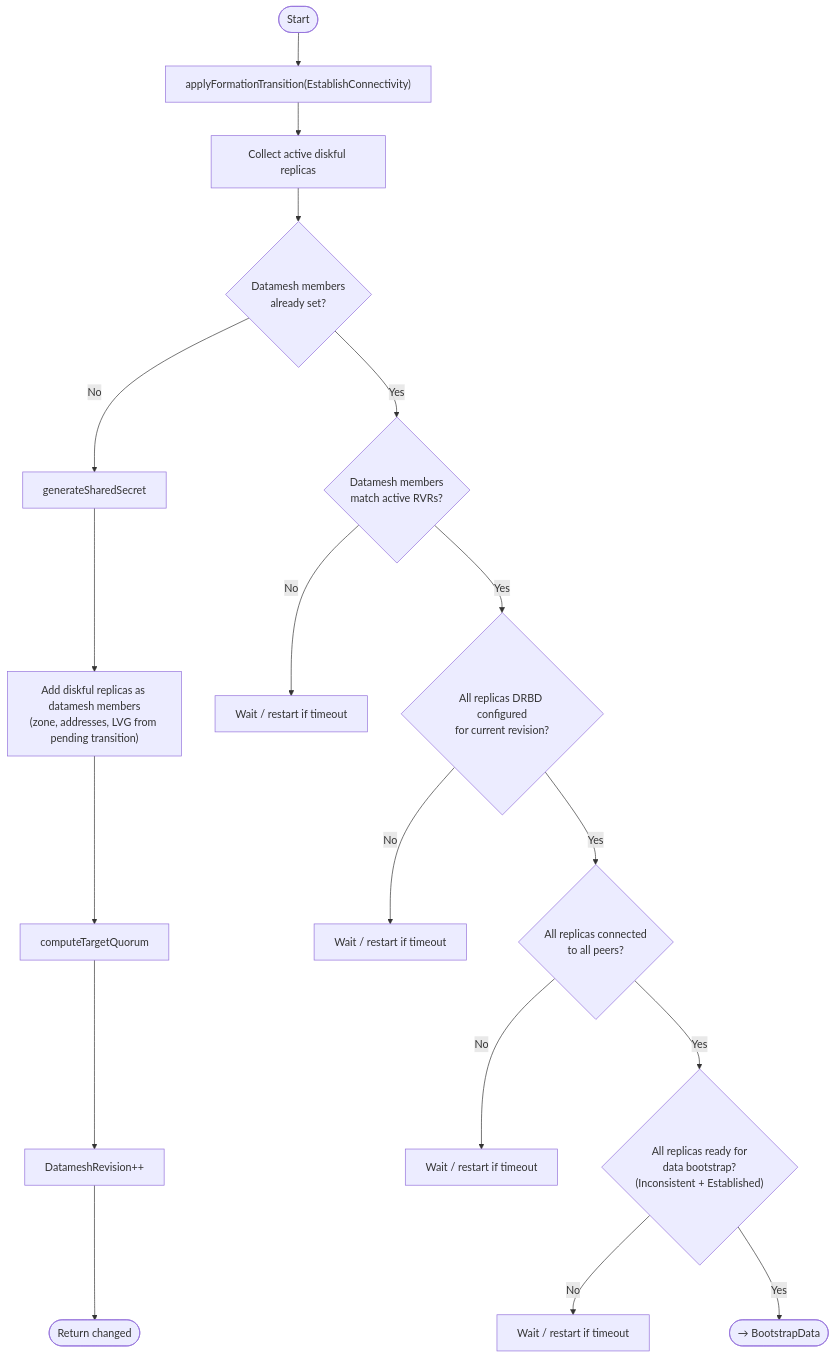
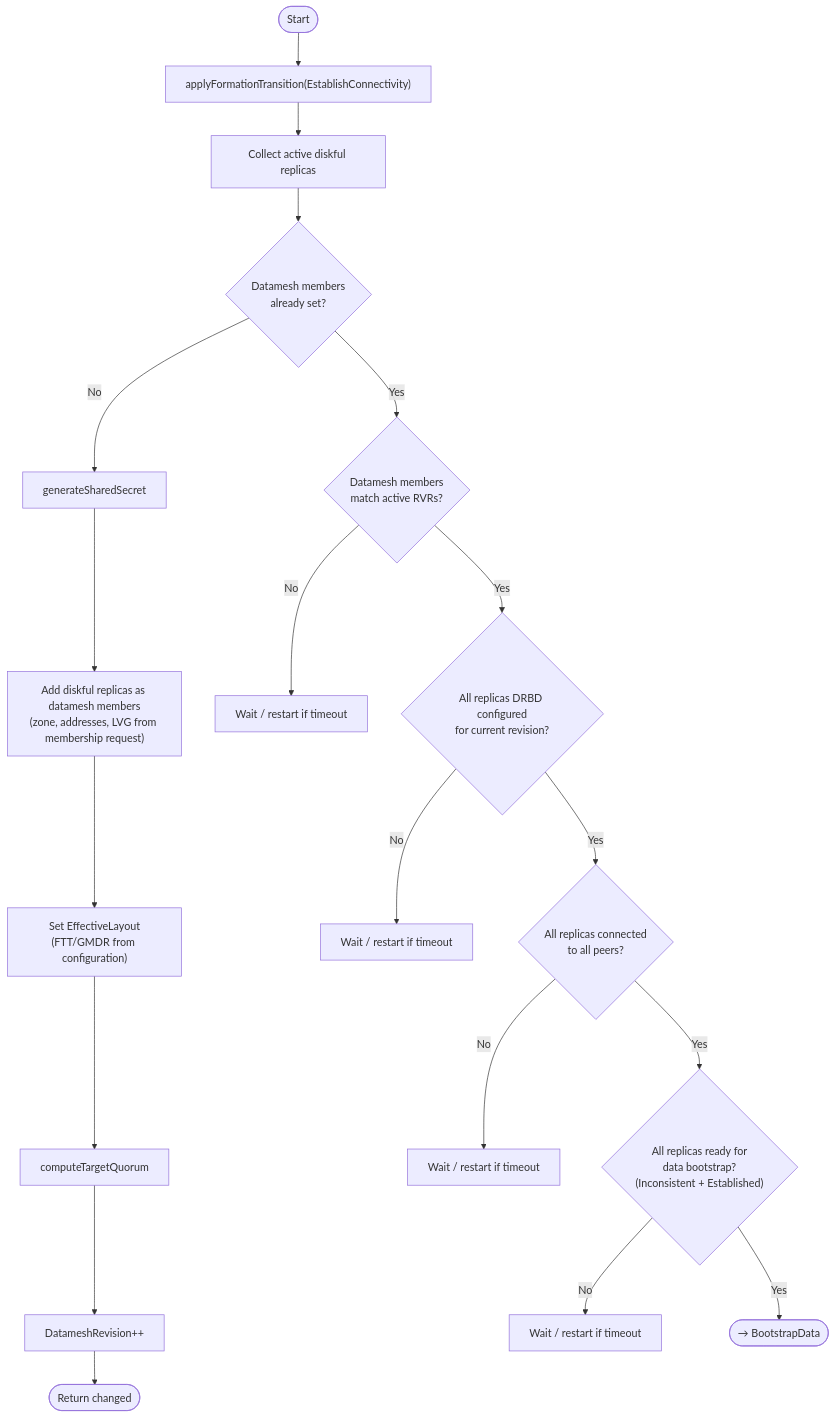
The sixth of 13 diagrams in images/controller/internal/controllers/rv_controller/README.md (deckhouse/sds-replicated-volume), drawn with Mermaid before and after one commit. The commit also changed other lines of this file and 27 other files, not shown here.

First line of the commit message:
[controller,api] Redesign datamesh request API and split reconcilers

````diff
--- a/images/controller/internal/controllers/rv_controller/README.md
+++ b/images/controller/internal/controllers/rv_controller/README.md
@@ -560,26 +564,27 @@
 ```mermaid
 flowchart TD
     Start([Start]) --> ApplyTransition["applyFormationTransition(EstablishConnectivity)"]
     ApplyTransition --> CollectDiskful[Collect active diskful replicas]
 
     CollectDiskful --> CheckMembers{Datamesh members<br/>already set?}
     CheckMembers -->|No| GenSecret[generateSharedSecret]
-    GenSecret --> AddMembers["Add diskful replicas as datamesh members<br/>(zone, addresses, LVG from pending transition)"]
-    AddMembers --> SetQuorum[computeTargetQuorum]
+    GenSecret --> AddMembers["Add diskful replicas as datamesh members<br/>(zone, addresses, LVG from membership request)"]
+    AddMembers --> SetEL["Set EffectiveLayout<br/>(FTT/GMDR from configuration)"]
+    SetEL --> SetQuorum[computeTargetQuorum]
     SetQuorum --> IncrRevision["DatameshRevision++"]
     IncrRevision --> ReturnChanged([Return changed])
 
     CheckMembers -->|Yes| VerifyMembers{"Datamesh members<br/>match active RVRs?"}
     VerifyMembers -->|No| WaitRestart1[Wait / restart if timeout]
 
     VerifyMembers -->|Yes| CheckConfigured{"All replicas DRBD configured<br/>for current revision?"}
     CheckConfigured -->|No| WaitRestart2[Wait / restart if timeout]
 
     CheckConfigured -->|Yes| CheckConnected{"All replicas connected<br/>to all peers?"}
     CheckConnected -->|No| WaitRestart3[Wait / restart if timeout]
 
     CheckConnected -->|Yes| CheckBootstrapReady{"All replicas ready for<br/>data bootstrap?<br/>(Inconsistent + Established)"}
     CheckBootstrapReady -->|No| WaitRestart4[Wait / restart if timeout]
 
     CheckBootstrapReady -->|Yes| NextPhase([→ BootstrapData])
 ```
````
